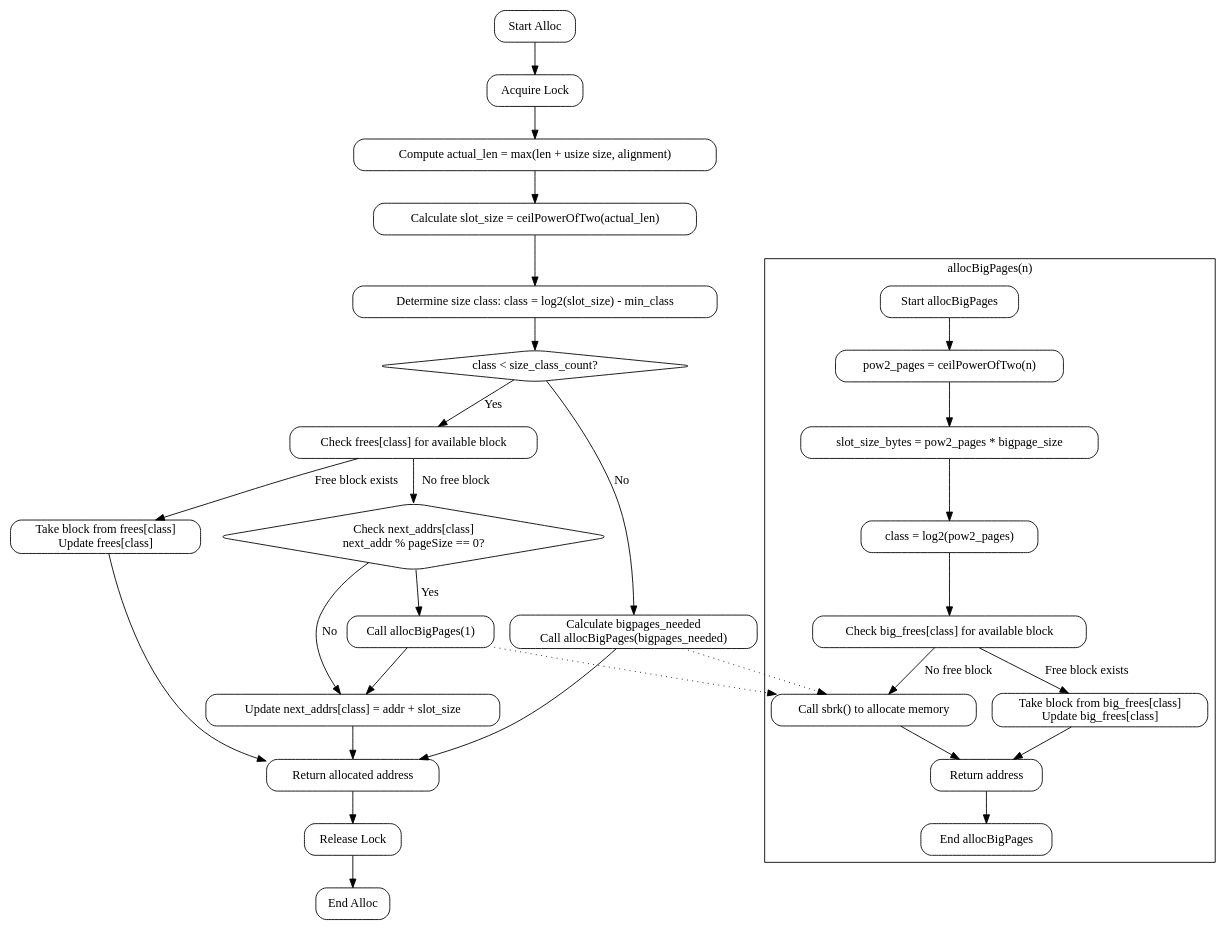
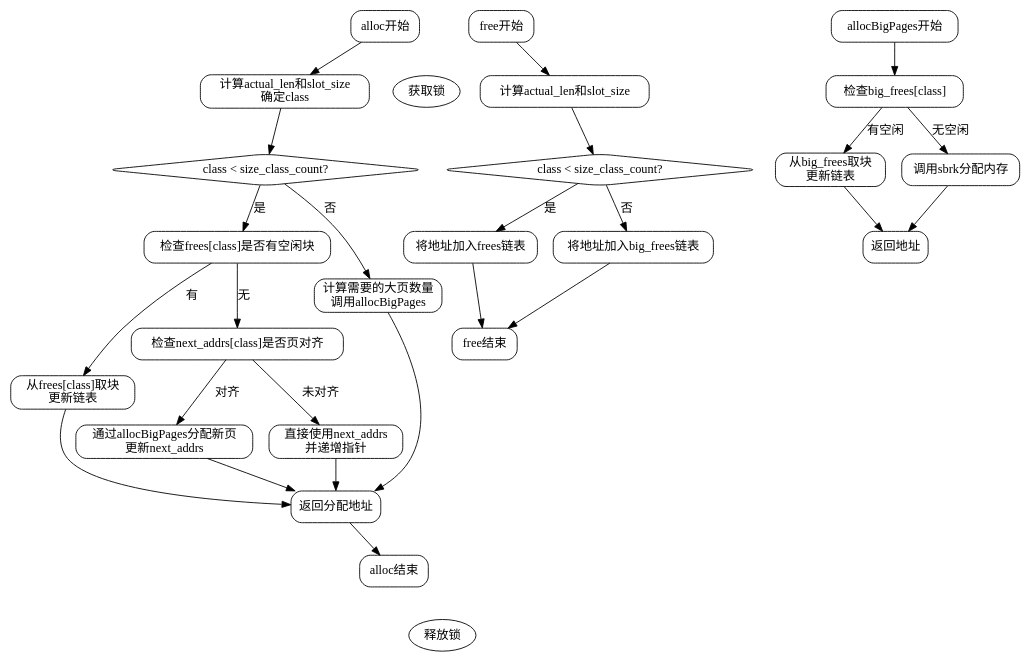
One commit to sdzx-1/deepseek-zig-reader changed the diagram in dot_std/heap/sbrk_allocator.zig.SbrkAllocator.md. Above: the diagram before and after it, drawn with Graphviz. The commit also changed other lines of this file and 236 other files, not shown here.

````diff
--- a/dot_std/heap/sbrk_allocator.zig.SbrkAllocator.md
+++ b/dot_std/heap/sbrk_allocator.zig.SbrkAllocator.md
@@ -53,62 +23,70 @@
 ```dot
 digraph SbrkAllocatorFlow {
-    rankdir=TB;
-    node [shape=rectangle, style="rounded"];
+    node [shape=rectangle, style=rounded];
 
-    start [label="Start Alloc"];
-    lock [label="Acquire Lock"];
-    compute_actual_len [label="Compute actual_len = max(len + usize size, alignment)"];
-    compute_slot_size [label="Calculate slot_size = ceilPowerOfTwo(actual_len)"];
-    determine_class [label="Determine size class: class = log2(slot_size) - min_class"];
-    check_class [label="class < size_class_count?" shape=diamond];
+    // alloc函数流程
+    start_alloc [label="alloc开始"];
+    check_len [label="计算actual_len和slot_size\n确定class"];
+    class_condition [label="class < size_class_count?", shape=diamond];
+    check_frees [label="检查frees[class]是否有空闲块"];
+    free_exists [label="从frees[class]取块\n更新链表"];
+    check_next_addr [label="检查next_addrs[class]是否页对齐"];
+    alloc_new_page [label="通过allocBigPages分配新页\n更新next_addrs"];
+    use_next_addr [label="直接使用next_addrs\n并递增指针"];
+    alloc_bigpages [label="计算需要的大页数量\n调用allocBigPages"];
+    return_addr [label="返回分配地址"];
+    end_alloc [label="alloc结束"];
 
-    free_list_check [label="Check frees[class] for available block"];
-    use_free_block [label="Take block from frees[class]\nUpdate frees[class]"];
-    check_next_addr [label="Check next_addrs[class]\nnext_addr % pageSize == 0?" shape=diamond];
-    alloc_big_page [label="Call allocBigPages(1)"];
-    update_next_addr [label="Update next_addrs[class] = addr + slot_size"];
-    handle_bigpage [label="Calculate bigpages_needed\nCall allocBigPages(bigpages_needed)"];
-    return_addr [label="Return allocated address"];
-    unlock [label="Release Lock"];
-    end [label="End Alloc"];
+    start_alloc -> check_len;
+    check_len -> class_condition;
+    class_condition -> check_frees [label="是"];
+    check_frees -> free_exists [label="有"];
+    free_exists -> return_addr;
+    check_frees -> check_next_addr [label="无"];
+    check_next_addr -> alloc_new_page [label="对齐"];
+    alloc_new_page -> return_addr;
+    check_next_addr -> use_next_addr [label="未对齐"];
+    use_next_addr -> return_addr;
+    class_condition -> alloc_bigpages [label="否"];
+    alloc_bigpages -> return_addr;
+    return_addr -> end_alloc;
 
-    start -> lock -> compute_actual_len -> compute_slot_size -> determine_class -> check_class;
+    // allocBigPages子流程
+    start_allocBig [label="allocBigPages开始"];
+    check_big_frees [label="检查big_frees[class]"];
+    take_big_free [label="从big_frees取块\n更新链表"];
+    call_sbrk [label="调用sbrk分配内存"];
+    end_allocBig [label="返回地址"];
 
-    check_class -> free_list_check [label="Yes"];
-    free_list_check -> use_free_block [label="Free block exists"];
-    use_free_block -> return_addr;
+    start_allocBig -> check_big_frees;
+    check_big_frees -> take_big_free [label="有空闲"];
+    take_big_free -> end_allocBig;
+    check_big_frees -> call_sbrk [label="无空闲"];
+    call_sbrk -> end_allocBig;
 
-    free_list_check -> check_next_addr [label="No free block"];
-    check_next_addr -> alloc_big_page [label="Yes"];
-    alloc_big_page -> update_next_addr -> return_addr;
+    // free函数流程
+    start_free [label="free开始"];
+    calc_actual_len [label="计算actual_len和slot_size"];
+    free_class_cond [label="class < size_class_count?", shape=diamond];
+    add_to_frees [label="将地址加入frees链表"];
+    add_to_big_frees [label="将地址加入big_frees链表"];
+    end_free [label="free结束"];
 
-    check_next_addr -> update_next_addr [label="No"];
+    start_free -> calc_actual_len;
+    calc_actual_len -> free_class_cond;
+    free_class_cond -> add_to_frees [label="是"];
+    free_class_cond -> add_to_big_frees [label="否"];
+    add_to_frees -> end_free;
+    add_to_big_frees -> end_free;
 
-    check_class -> handle_bigpage [label="No"];
-    handle_bigpage -> return_addr;
+    // 全局元素
+    lock [label="获取锁", shape=oval];
+    unlock [label="释放锁", shape=oval];
 
-    return_addr -> unlock -> end;
-
-    subgraph cluster_allocBigPages {
-        label="allocBigPages(n)";
-        ab_start [label="Start allocBigPages"];
-        ab_compute_pow2 [label="pow2_pages = ceilPowerOfTwo(n)"];
-        ab_slot_size [label="slot_size_bytes = pow2_pages * bigpage_size"];
-        ab_class [label="class = log2(pow2_pages)"];
-        ab_check_big_frees [label="Check big_frees[class] for available block"];
-        ab_use_big_free [label="Take block from big_frees[class]\nUpdate big_frees[class]"];
-        ab_call_sbrk [label="Call sbrk() to allocate memory"];
-        ab_return [label="Return address"];
-        ab_end [label="End allocBigPages"];
-
-        ab_start -> ab_compute_pow2 -> ab_slot_size -> ab_class -> ab_check_big_frees;
-        ab_check_big_frees -> ab_use_big_free [label="Free block exists"];
-        ab_use_big_free -> ab_return;
-        ab_check_big_frees -> ab_call_sbrk [label="No free block"];
-        ab_call_sbrk -> ab_return -> ab_end;
-    }
-
-    handle_bigpage -> ab_call_sbrk [style=dotted];
-    alloc_big_page -> ab_call_sbrk [style=dotted];
+    // 同步锁操作
+    start_alloc -> lock [style=invis];
+    end_alloc -> unlock [style=invis];
+    start_free -> lock [style=invis];
+    end_free -> unlock [style=invis];
 }
 ``` 
````
